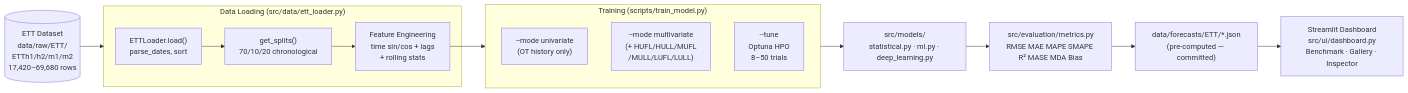
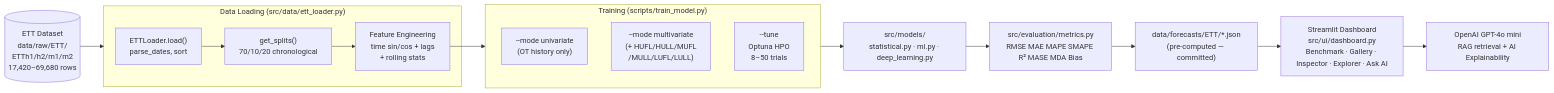
One commit to sabrinapribadi/time-series-forecasting-comparison changed the diagram in README.md. Above: the diagram before and after it, drawn with Mermaid. The commit also changed other lines of this file and 6 other files, not shown here.

First line of the commit message:
Add AI Explainability, fix legend overlap, switch to OpenAI, update docs

````diff
--- a/README.md
+++ b/README.md
@@ -16,22 +16,23 @@
 ```mermaid
 flowchart LR
     A[("ETT Dataset\ndata/raw/ETT/\nETTh1/h2/m1/m2\n17,420–69,680 rows")] --> B
 
     subgraph B ["Data Loading (src/data/ett_loader.py)"]
         B1["ETTLoader.load()\nparse_dates, sort"] --> B2["get_splits()\n70/10/20 chronological"]
         B2 --> B3["Feature Engineering\ntime sin/cos + lags\n+ rolling stats"]
     end
 
     B3 --> C
 
     subgraph C ["Training (scripts/train_model.py)"]
         C1["--mode univariate\n(OT history only)"]
         C2["--mode multivariate\n(+ HUFL/HULL/MUFL\n/MULL/LUFL/LULL)"]
         C3["--tune\nOptuna HPO\n8–50 trials"]
     end
 
     C --> D["src/models/\nstatistical.py · ml.py · deep_learning.py"]
     D --> E["src/evaluation/metrics.py\nRMSE MAE MAPE SMAPE R² MASE MDA Bias"]
     E --> F["data/forecasts/ETT/*.json\n(pre-computed — committed)"]
-    F --> G["Streamlit Dashboard\nsrc/ui/dashboard.py\nBenchmark · Gallery · Inspector"]
+    F --> G["Streamlit Dashboard\nsrc/ui/dashboard.py\nBenchmark · Gallery · Inspector · Explorer · Ask AI"]
+    G --> H["OpenAI GPT-4o mini\nRAG retrieval + AI Explainability"]
 ```
````
